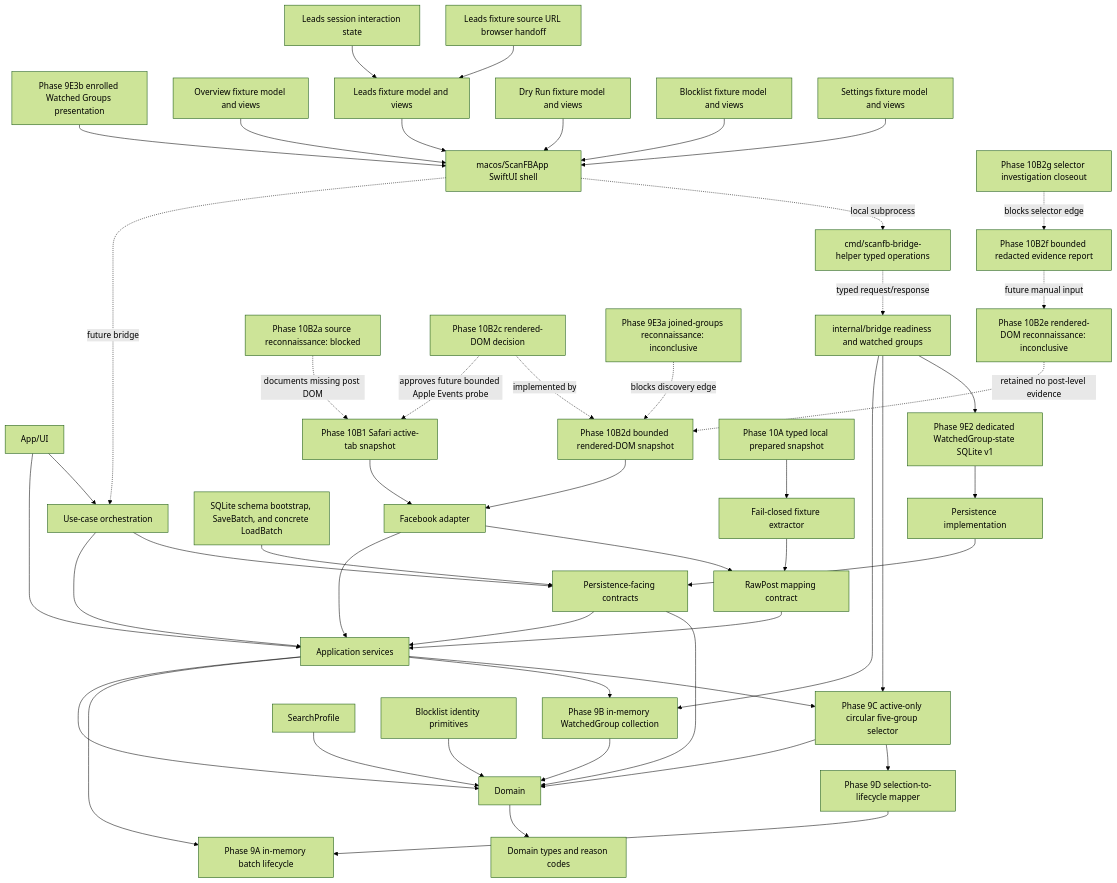
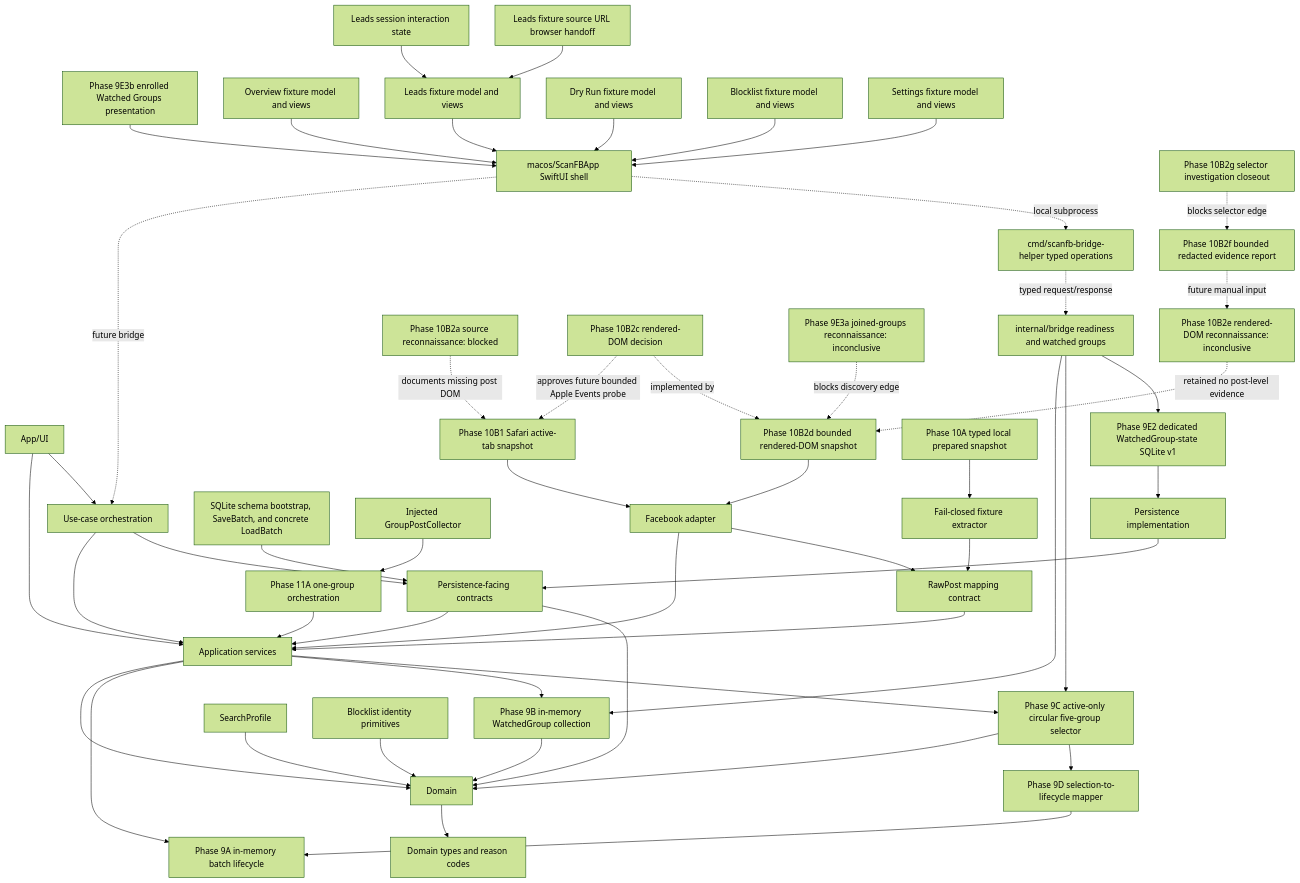
One commit to soleda2026/ScanFB changed the diagram in docs/CODE_GRAPH.md. Above: the diagram before and after it, drawn with Mermaid (forest theme). The commit also changed other lines of this file and 10 other files, not shown here.

Commit message:
feat(scan): add one-group scan orchestration

````diff
--- a/docs/CODE_GRAPH.md
+++ b/docs/CODE_GRAPH.md
@@ -7,52 +7,54 @@
 ```mermaid
 flowchart TD
     UI["App/UI"] --> APP["Application services"]
     UI --> ORCH["Use-case orchestration"]
     ORCH --> APP
     ORCH --> PERSIST_CONTRACT
     APP --> DOMAIN["Domain"]
     PERSIST_CONTRACT["Persistence-facing contracts"] --> APP
     PERSIST_CONTRACT --> DOMAIN
     PERSIST_IMPL["Persistence implementation"] --> PERSIST_CONTRACT
     SQLITE["SQLite schema bootstrap, SaveBatch, and concrete LoadBatch"] --> PERSIST_CONTRACT
     WATCHED_STATE["Phase 9E2 dedicated WatchedGroup-state SQLite v1"] --> PERSIST_IMPL
     MACOS_APP["macos/ScanFBApp SwiftUI shell"] -.future bridge.-> ORCH
     BRIDGE_HELPER["cmd/scanfb-bridge-helper typed operations"] -.typed request/response.-> BRIDGE_CORE
     BRIDGE_CORE["internal/bridge readiness and watched groups"]
     MACOS_APP -.local subprocess.-> BRIDGE_HELPER
     GROUPS_UI["Phase 9E3b enrolled Watched Groups presentation"] --> MACOS_APP
+    ONE_GROUP_SCAN["Phase 11A one-group orchestration"] --> APP
+    INJECTED_COLLECTOR["Injected GroupPostCollector"] --> ONE_GROUP_SCAN
     OVERVIEW_FIXTURE["Overview fixture model and views"] --> MACOS_APP
     LEADS_FIXTURE["Leads fixture model and views"] --> MACOS_APP
     LEADS_INTERACTION_STATE["Leads session interaction state"] --> LEADS_FIXTURE
     LEADS_BROWSER_HANDOFF["Leads fixture source URL browser handoff"] --> LEADS_FIXTURE
     DRYRUN_FIXTURE["Dry Run fixture model and views"] --> MACOS_APP
     BLOCKLIST_FIXTURE["Blocklist fixture model and views"] --> MACOS_APP
     SETTINGS_FIXTURE["Settings fixture model and views"] --> MACOS_APP
     FB["Facebook adapter"] --> APP
     FB --> RAW["RawPost mapping contract"]
     SAFARI_ACTIVE_TAB["Phase 10B1 Safari active-tab snapshot"] --> FB
     DOM_RECON["Phase 10B2a source reconnaissance: blocked"] -.documents missing post DOM.-> SAFARI_ACTIVE_TAB
     RENDERED_DOM_DECISION["Phase 10B2c rendered-DOM decision"] -.approves future bounded Apple Events probe.-> SAFARI_ACTIVE_TAB
     RENDERED_DOM["Phase 10B2d bounded rendered-DOM snapshot"] --> FB
     RENDERED_DOM_DECISION -.implemented by.-> RENDERED_DOM
     JOINED_GROUP_RECON["Phase 9E3a joined-groups reconnaissance: inconclusive"] -.blocks discovery edge.-> RENDERED_DOM
     RENDERED_DOM_RECON["Phase 10B2e rendered-DOM reconnaissance: inconclusive"] -.retained no post-level evidence.-> RENDERED_DOM
     REDACTED_RECON_REPORT["Phase 10B2f bounded redacted evidence report"] -.future manual input.-> RENDERED_DOM_RECON
     RENDERED_DOM_CLOSEOUT["Phase 10B2g selector investigation closeout"] -.blocks selector edge.-> REDACTED_RECON_REPORT
     PREPARED_PAGE["Phase 10A typed local prepared snapshot"] --> PREPARED_EXTRACTOR["Fail-closed fixture extractor"]
     PREPARED_EXTRACTOR --> RAW
     RAW --> APP
     APP --> LIFECYCLE["Phase 9A in-memory batch lifecycle"]
     APP --> WATCHED_GROUPS["Phase 9B in-memory WatchedGroup collection"]
     WATCHED_GROUPS --> DOMAIN
     APP --> GROUP_SELECTOR["Phase 9C active-only circular five-group selector"]
     GROUP_SELECTOR --> DOMAIN
     BRIDGE_CORE --> WATCHED_GROUPS
     BRIDGE_CORE --> GROUP_SELECTOR
     BRIDGE_CORE --> WATCHED_STATE
     GROUP_SELECTOR --> LIFECYCLE_MAPPER["Phase 9D selection-to-lifecycle mapper"]
     LIFECYCLE_MAPPER --> LIFECYCLE
     PROFILE["SearchProfile"] --> DOMAIN
     DOMAIN --> TYPES["Domain types and reason codes"]
     BLOCKLIST["Blocklist identity primitives"] --> DOMAIN
 ```
````
